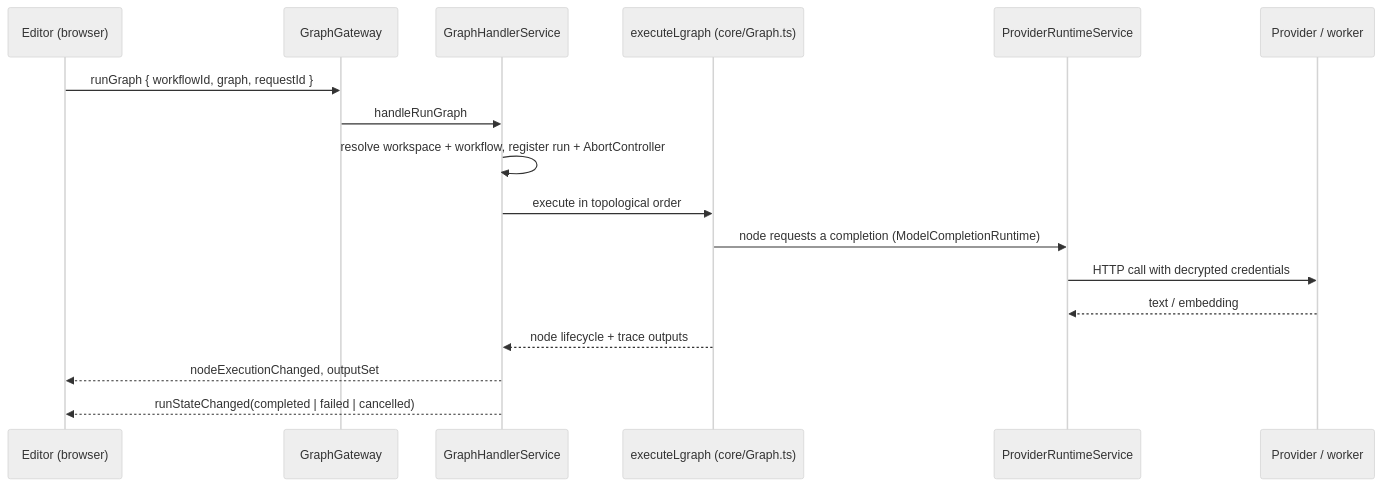
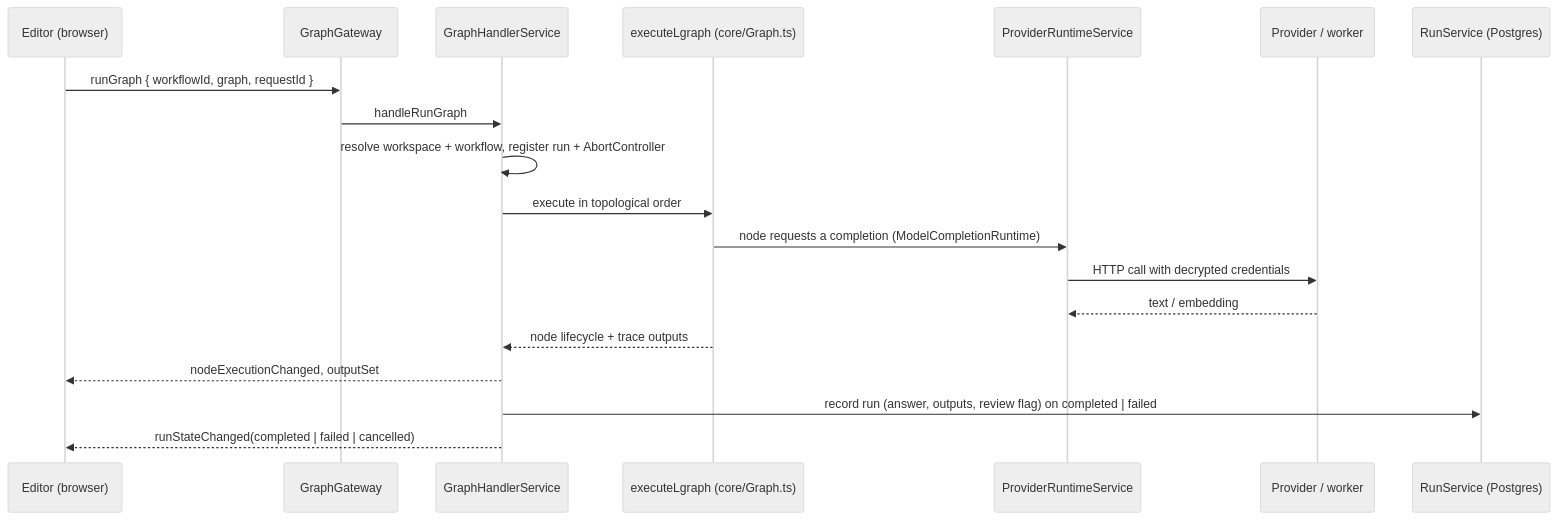
Before and after one commit to HASKI-RAK/NodeGrade: the third of 4 diagrams in docs/architecture.md, drawn with Mermaid (neutral theme). The commit also changed other lines of this file and 17 other files, not shown here.

First line of the commit message:
feat(runs): persist every completed or failed run for the Submissions inbox

````diff
--- a/docs/architecture.md
+++ b/docs/architecture.md
@@ -73,20 +77,22 @@
 ```mermaid
 sequenceDiagram
     participant UI as Editor (browser)
     participant GW as GraphGateway
     participant GH as GraphHandlerService
     participant EX as executeLgraph (core/Graph.ts)
     participant PR as ProviderRuntimeService
     participant EXT as Provider / worker
+    participant RS as RunService (Postgres)
 
     UI->>GW: runGraph { workflowId, graph, requestId }
     GW->>GH: handleRunGraph
     GH->>GH: resolve workspace + workflow, register run + AbortController
     GH->>EX: execute in topological order
     EX->>PR: node requests a completion (ModelCompletionRuntime)
     PR->>EXT: HTTP call with decrypted credentials
     EXT-->>PR: text / embedding
     EX-->>GH: node lifecycle + trace outputs
     GH-->>UI: nodeExecutionChanged, outputSet
+    GH->>RS: record run (answer, outputs, review flag) on completed | failed
     GH-->>UI: runStateChanged(completed | failed | cancelled)
 ```
````
